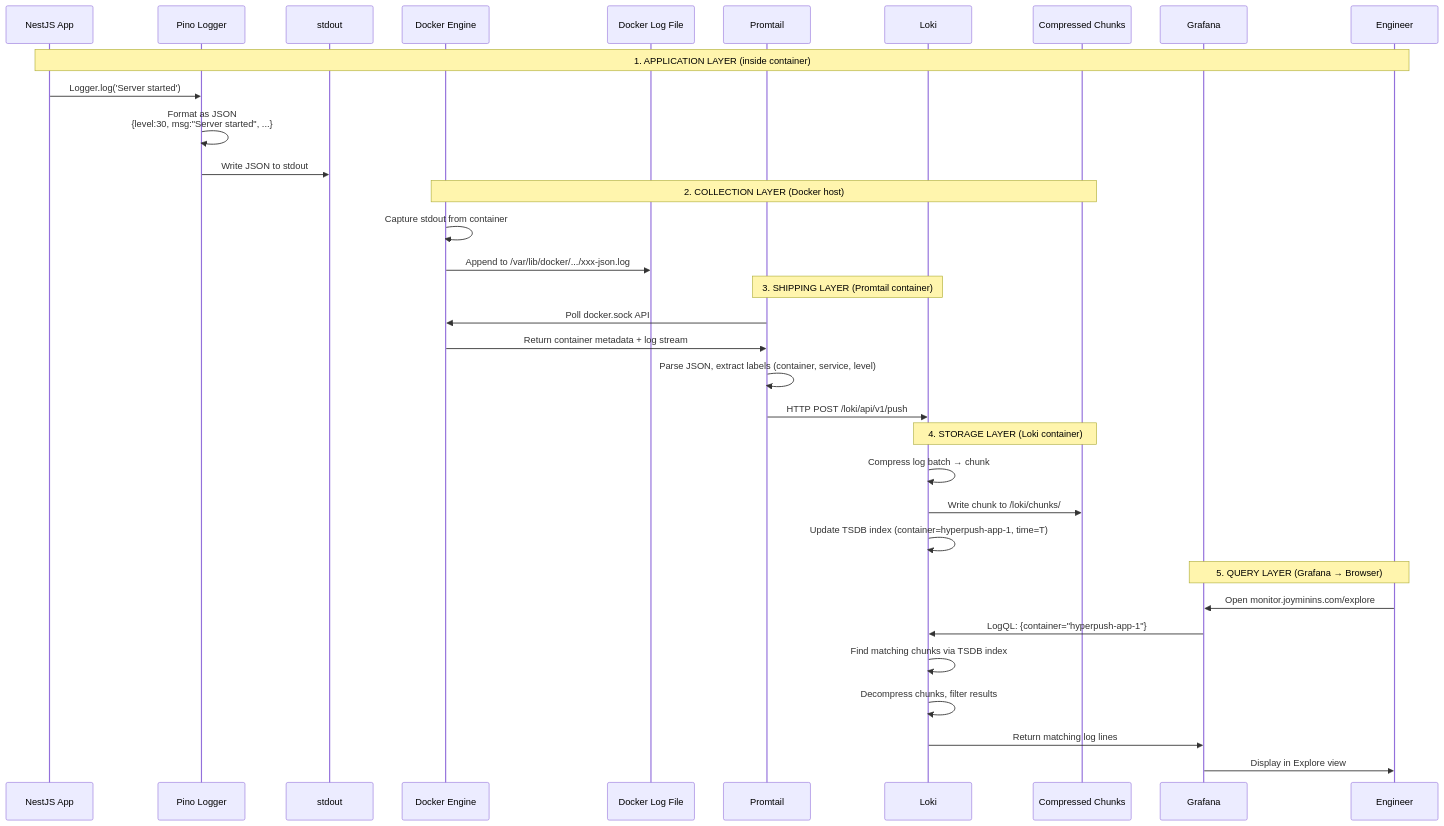
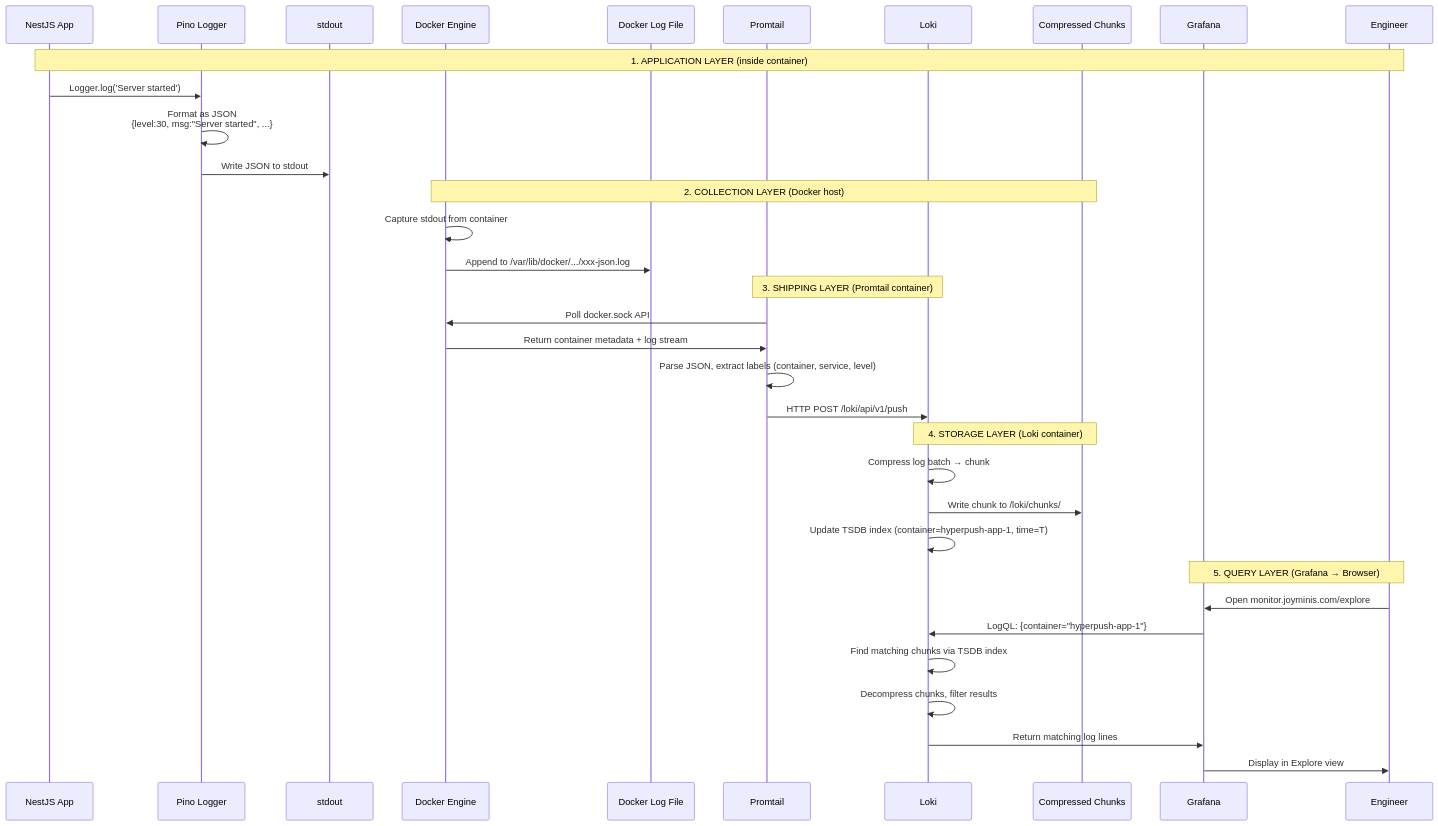
Before and after one commit to MrBigPorter/infra-platform: the diagram in docs/data-flow.md, drawn with Mermaid. The commit also changed other lines of this file and 5 other files, not shown here.

Commit message:
fix: update domain from joyminins.com to joyminis.com in documentation and configuration

````diff
--- a/docs/data-flow.md
+++ b/docs/data-flow.md
@@ -9,41 +9,41 @@
 ```mermaid
 sequenceDiagram
     participant App as NestJS App
     participant Pino as Pino Logger
     participant Stdout as stdout
     participant Docker as Docker Engine
     participant Disk as Docker Log File
     participant Promtail as Promtail
     participant Loki as Loki
     participant Chunks as Compressed Chunks
     participant Grafana as Grafana
     participant User as Engineer
 
     Note over App,User: 1. APPLICATION LAYER (inside container)
     App->>Pino: Logger.log('Server started')
     Pino->>Pino: Format as JSON<br/>{level:30, msg:"Server started", ...}
     Pino->>Stdout: Write JSON to stdout
     
     Note over Docker,Chunks: 2. COLLECTION LAYER (Docker host)
     Docker->>Docker: Capture stdout from container
     Docker->>Disk: Append to /var/lib/docker/.../xxx-json.log
     
     Note over Promtail,Loki: 3. SHIPPING LAYER (Promtail container)
     Promtail->>Docker: Poll docker.sock API
     Docker->>Promtail: Return container metadata + log stream
     Promtail->>Promtail: Parse JSON, extract labels (container, service, level)
     Promtail->>Loki: HTTP POST /loki/api/v1/push
     
     Note over Loki,Chunks: 4. STORAGE LAYER (Loki container)
     Loki->>Loki: Compress log batch → chunk
     Loki->>Chunks: Write chunk to /loki/chunks/
     Loki->>Loki: Update TSDB index (container=hyperpush-app-1, time=T)
     
     Note over Grafana,User: 5. QUERY LAYER (Grafana → Browser)
-    User->>Grafana: Open monitor.joyminins.com/explore
+    User->>Grafana: Open monitor.joyminis.com/explore
     Grafana->>Loki: LogQL: {container="hyperpush-app-1"}
     Loki->>Loki: Find matching chunks via TSDB index
     Loki->>Loki: Decompress chunks, filter results
     Loki->>Grafana: Return matching log lines
     Grafana->>User: Display in Explore view
 ```
````
